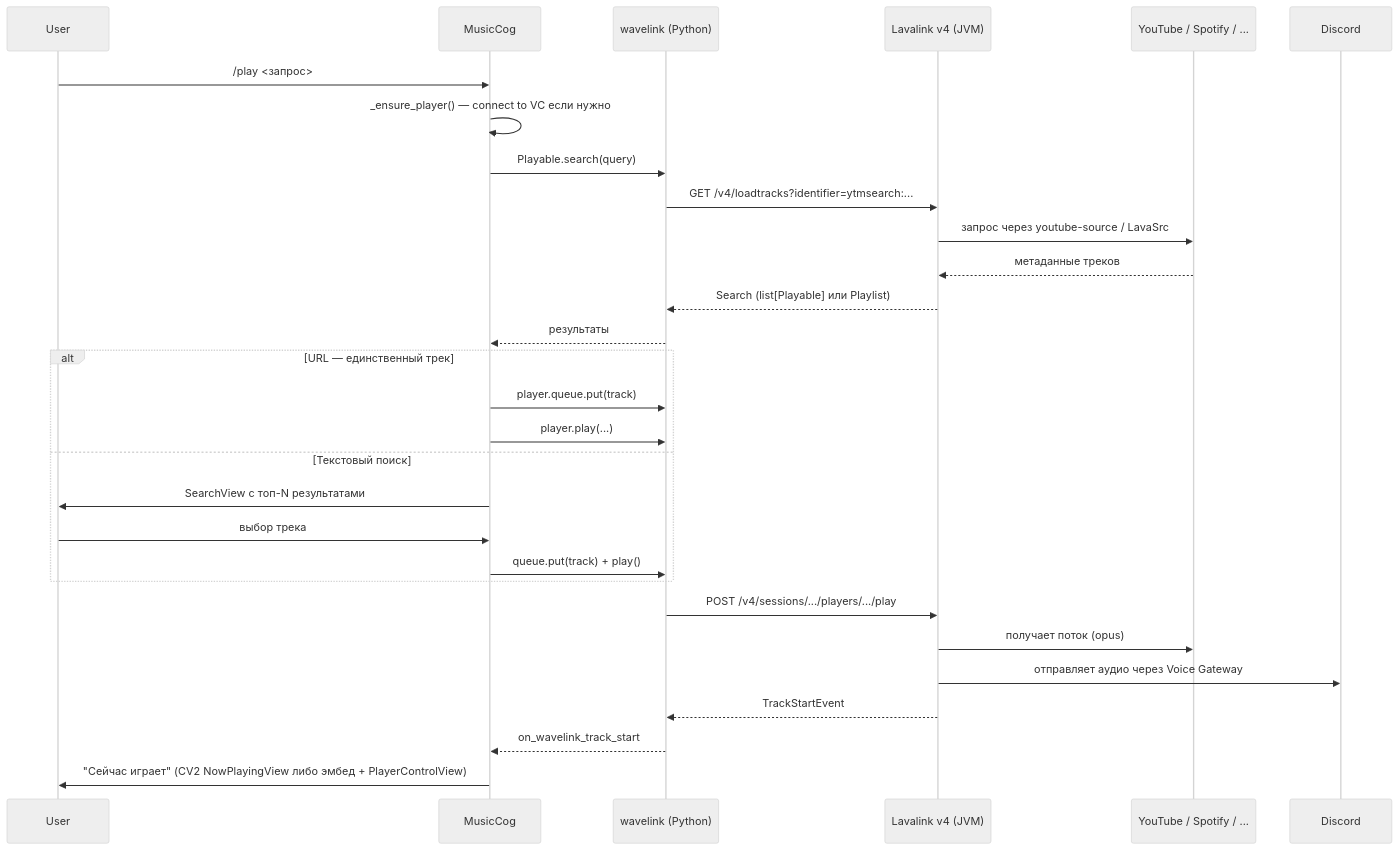
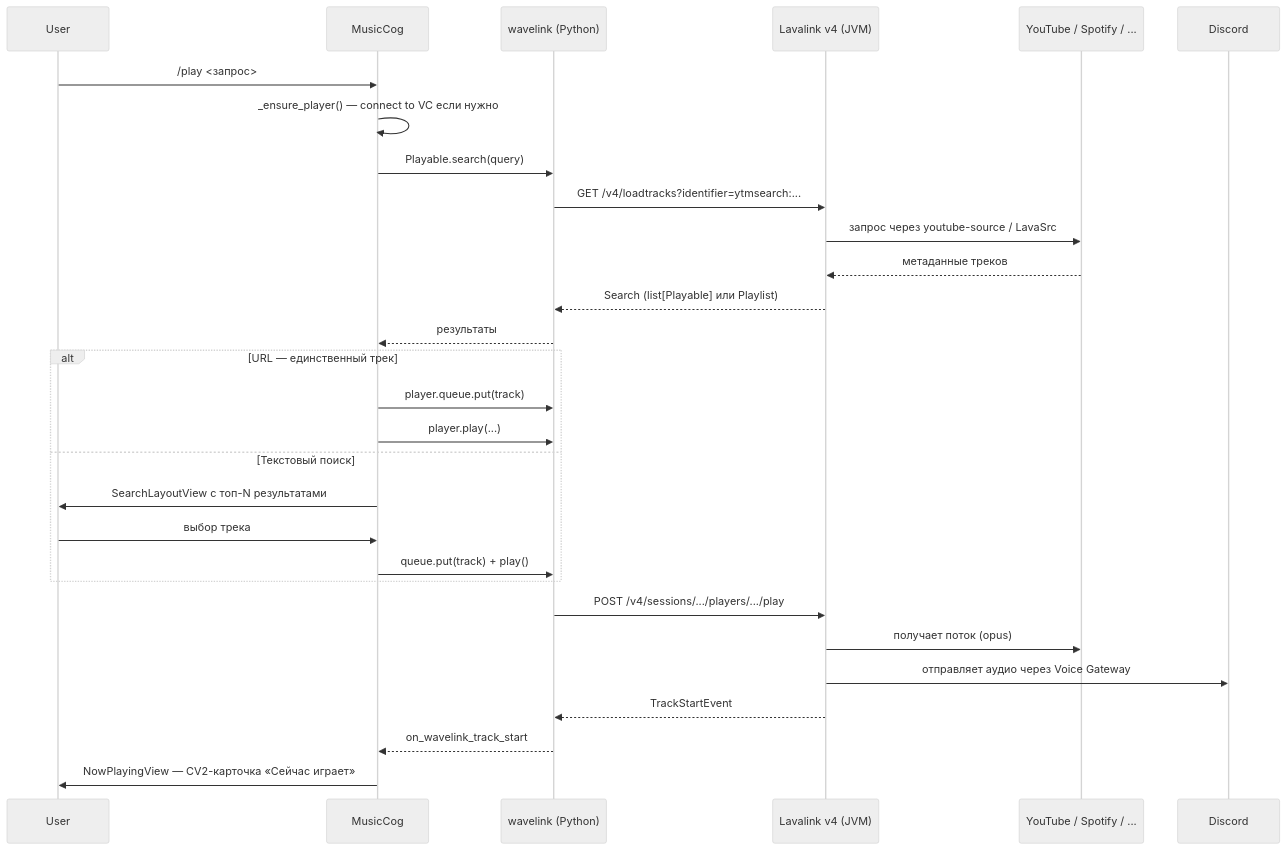
Before and after one commit to Twinlab/pd_bot: the second of 10 diagrams in docs/architecture.md, drawn with Mermaid (neutral theme). The commit also changed other lines of this file and 14 other files, not shown here.

````diff
--- a/docs/architecture.md
+++ b/docs/architecture.md
@@ -54,34 +54,34 @@
 ```mermaid
 sequenceDiagram
     participant User
     participant MusicCog
     participant Wavelink as wavelink (Python)
     participant Lavalink as Lavalink v4 (JVM)
     participant YT as YouTube / Spotify / ...
 
     User->>MusicCog: /play <запрос>
     MusicCog->>MusicCog: _ensure_player() — connect to VC если нужно
     MusicCog->>Wavelink: Playable.search(query)
     Wavelink->>Lavalink: GET /v4/loadtracks?identifier=ytmsearch:...
     Lavalink->>YT: запрос через youtube-source / LavaSrc
     YT-->>Lavalink: метаданные треков
     Lavalink-->>Wavelink: Search (list[Playable] или Playlist)
     Wavelink-->>MusicCog: результаты
 
     alt URL — единственный трек
         MusicCog->>Wavelink: player.queue.put(track)
         MusicCog->>Wavelink: player.play(...)
     else Текстовый поиск
-        MusicCog->>User: SearchView с топ-N результатами
+        MusicCog->>User: SearchLayoutView с топ-N результатами
         User->>MusicCog: выбор трека
         MusicCog->>Wavelink: queue.put(track) + play()
     end
 
     Wavelink->>Lavalink: POST /v4/sessions/.../players/.../play
     Lavalink->>YT: получает поток (opus)
     Lavalink->>Discord: отправляет аудио через Voice Gateway
 
     Lavalink-->>Wavelink: TrackStartEvent
     Wavelink-->>MusicCog: on_wavelink_track_start
-    MusicCog->>User: "Сейчас играет" (CV2 NowPlayingView либо эмбед + PlayerControlView)
+    MusicCog->>User: NowPlayingView — CV2-карточка «Сейчас играет»
 ```
````
